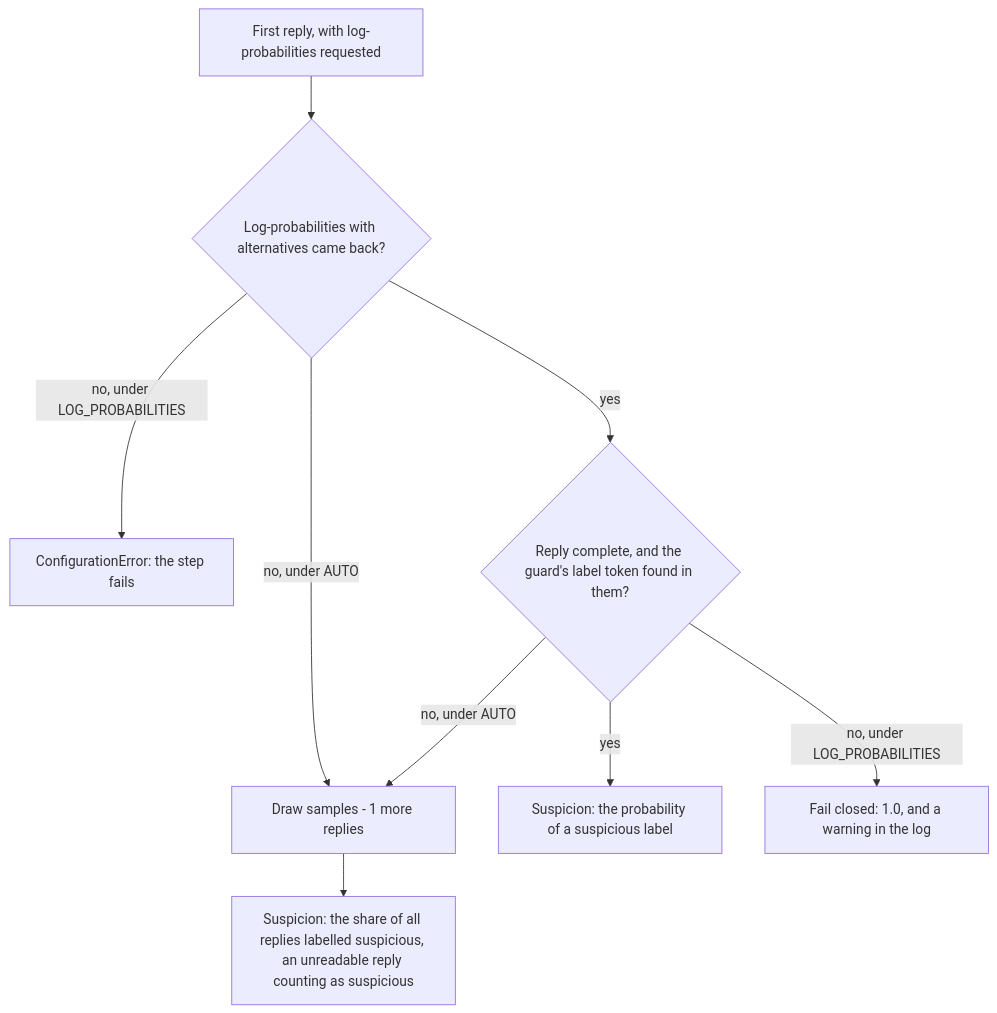
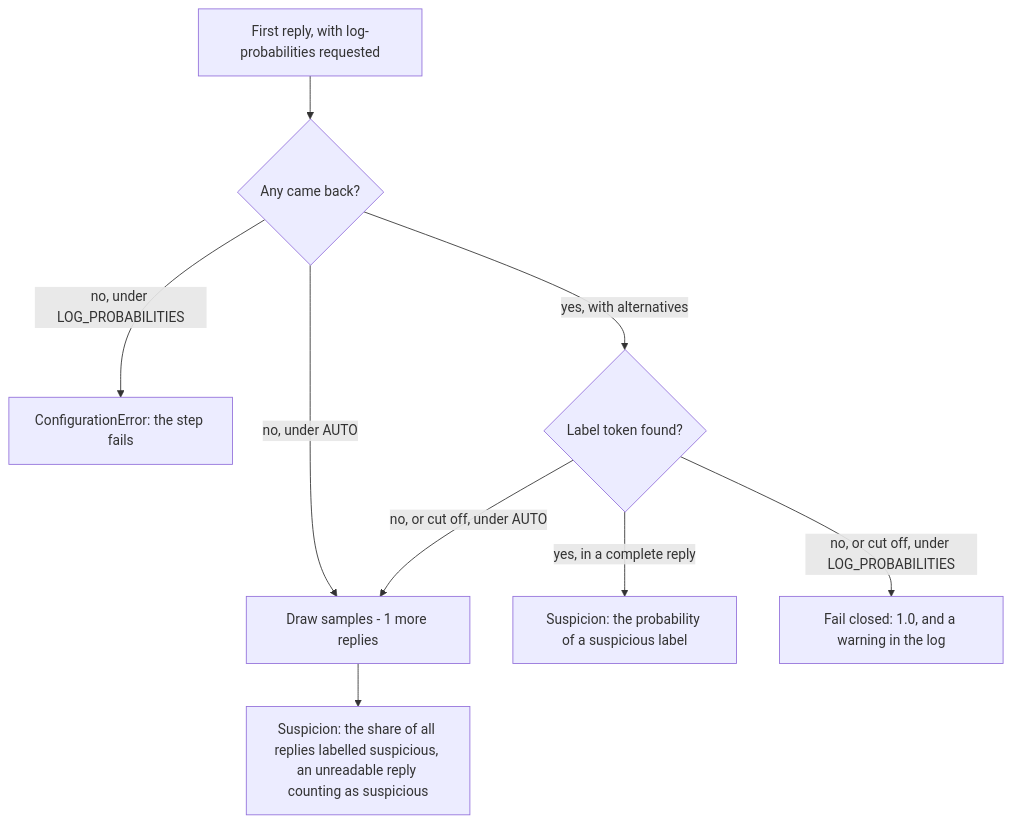
One commit to omamori-lab/langchain-sync-monitors changed the first of 2 diagrams in docs/how-to/use-a-guard-model.md. Above: the diagram before and after it, drawn with Mermaid. The commit also changed other lines of this file and 4 other files, not shown here.

First line of the commit message:
Tighten the monitor guides' wording and diagrams

````diff
--- a/docs/how-to/use-a-guard-model.md
+++ b/docs/how-to/use-a-guard-model.md
@@ -118,11 +118,11 @@
 ```mermaid
 flowchart TD
-    first["First reply, with log-probabilities requested"] --> back{"Log-probabilities with alternatives came back?"}
+    first["First reply, with log-probabilities requested"] --> back{"Any came back?"}
     back -- "no, under LOG_PROBABILITIES" --> error["ConfigurationError: the step fails"]
     back -- "no, under AUTO" --> more["Draw samples - 1 more replies"]
-    back -- "yes" --> found{"Reply complete, and the guard's label token found in them?"}
-    found -- "yes" --> probability["Suspicion: the probability of a suspicious label"]
-    found -- "no, under AUTO" --> more
-    found -- "no, under LOG_PROBABILITIES" --> closed["Fail closed: 1.0, and a warning in the log"]
+    back -- "yes, with alternatives" --> found{"Label token found?"}
+    found -- "yes, in a complete reply" --> probability["Suspicion: the probability of a suspicious label"]
+    found -- "no, or cut off, under AUTO" --> more
+    found -- "no, or cut off, under LOG_PROBABILITIES" --> closed["Fail closed: 1.0, and a warning in the log"]
     more --> share["Suspicion: the share of all replies labelled suspicious, an unreadable reply counting as suspicious"]
 ```
````
